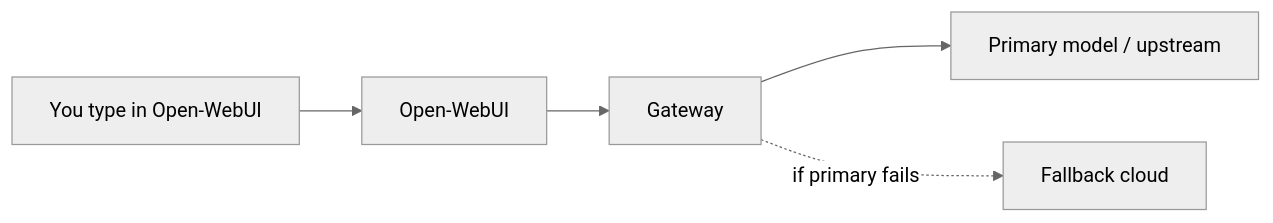
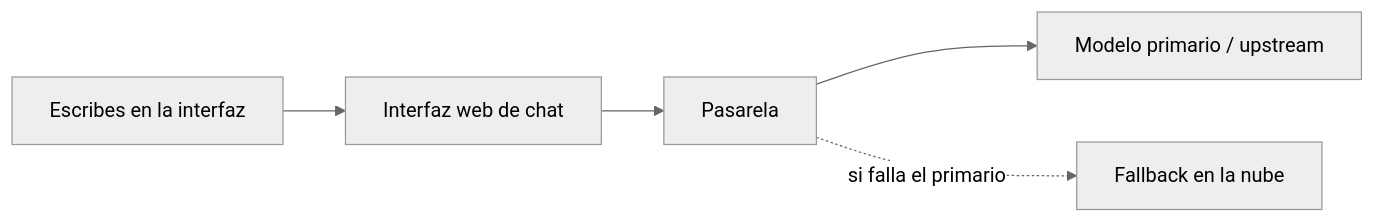
Before and after one commit to 13g4d0/docu-es: the diagram in docs/user-guide/models-and-gateway.md, drawn with Mermaid (neutral theme). The commit also changed other lines of this file and 38 other files, not shown here.

````diff
--- a/docs/user-guide/models-and-gateway.md
+++ b/docs/user-guide/models-and-gateway.md
@@ -7,12 +7,12 @@
 ```mermaid
 flowchart LR
-  U[You type in Open-WebUI]
-  OW[Open-WebUI]
-  GW[Gateway]
-  P[Primary model / upstream]
-  F[Fallback cloud]
+  U[Escribes en la interfaz]
+  OW[Interfaz web de chat]
+  GW[Pasarela]
+  P[Modelo primario / upstream]
+  F[Fallback en la nube]
 
   U --> OW --> GW
   GW --> P
-  GW -.->|if primary fails| F
+  GW -.->|si falla el primario| F
 ```
````
